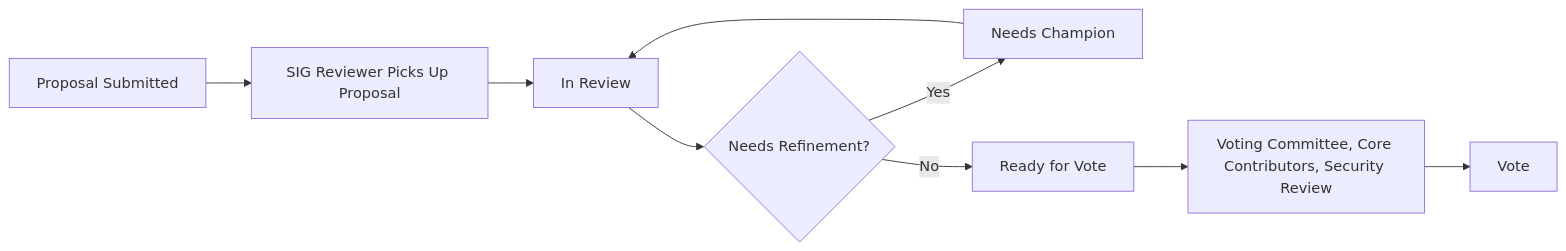
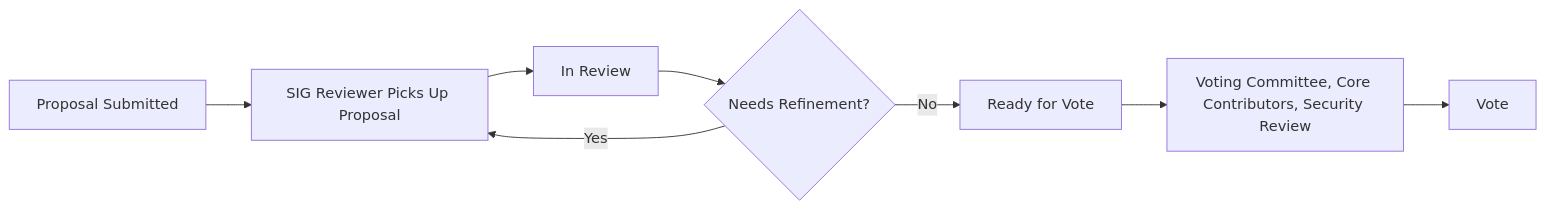
Before and after one commit to canton-foundation/canton-dev-fund: the diagram in sig-review-process.md, drawn with Mermaid.

````diff
--- a/sig-review-process.md
+++ b/sig-review-process.md
@@ -136,11 +136,10 @@
 ```mermaid
 flowchart LR
     A[Proposal Submitted] --> B[SIG Reviewer Picks Up Proposal]
     B --> C[In Review]
     C --> D{Needs Refinement?}
-    D -->|Yes| E[Needs Champion]
-    E --> C
-    D -->|No| F[Ready for Vote]
-    F --> G[Voting Committee, Core Contributors, Security Review]
-    G --> H[Vote]
+    D -->|Yes| B
+    D -->|No| E[Ready for Vote]
+    E --> F[Voting Committee, Core Contributors, Security Review]
+    F --> G[Vote]
 ```   
````
